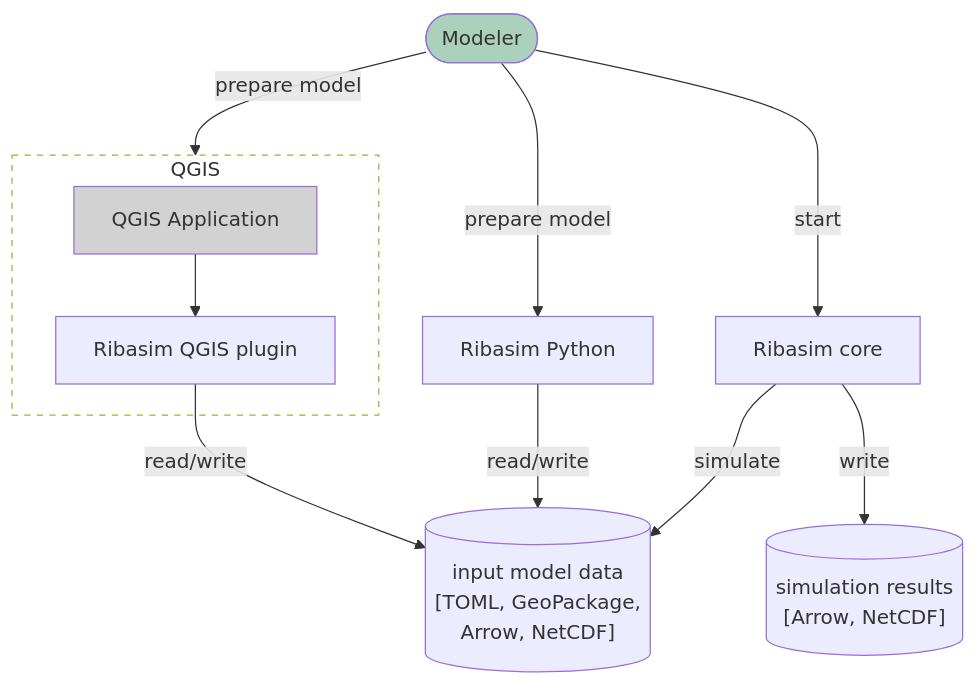
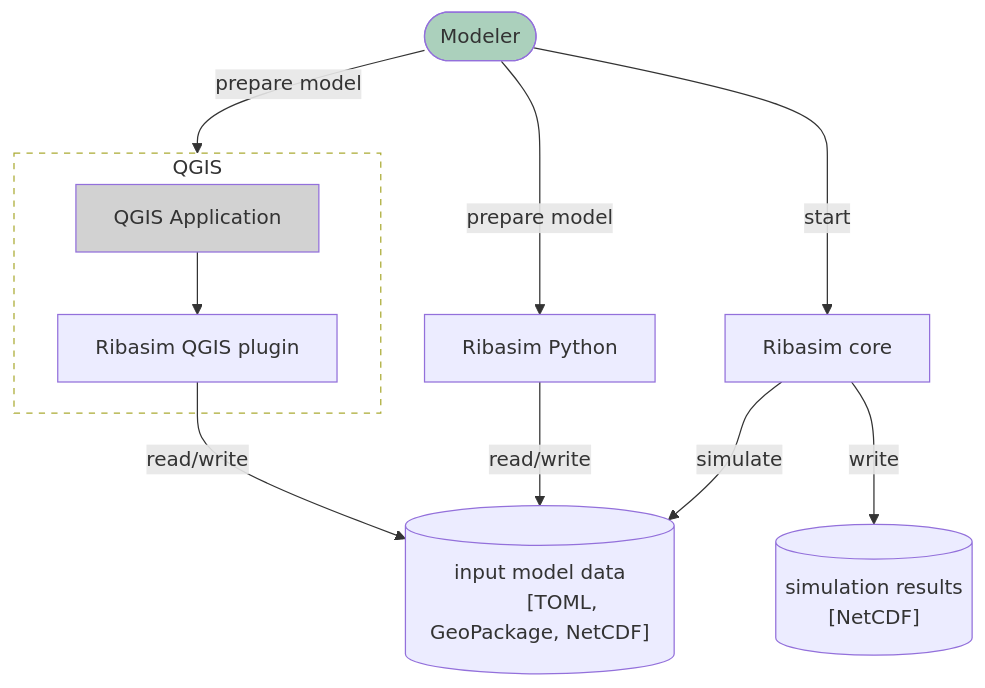
Before and after one commit to Deltares/Ribasim: the diagram in docs/getting-started/install.qmd, drawn with Mermaid. The commit also changed 28 other files, not shown here.

````diff
--- a/docs/getting-started/install.qmd
+++ b/docs/getting-started/install.qmd
@@ -12,35 +12,34 @@
 ```{mermaid}
 flowchart TB
 modeler([Modeler]):::user
 
 python["Ribasim Python"]
 modeler-->|prepare model|python
 
 core["Ribasim core"]
 modeler-->|start|core
 
 subgraph qgisBoundary[QGIS]
     QGIS[QGIS Application]:::system_ext
     qgisPlugin["Ribasim QGIS plugin"]
     QGIS-->qgisPlugin
 end
 modeler-->|prepare model|qgisBoundary
 
 model[("input model data
-        [TOML, GeoPackage,
-         Arrow, NetCDF]")]
+        [TOML, GeoPackage, NetCDF]")]
 qgisPlugin-->|read/write|model
 python-->|read/write|model
 core-->|simulate|model
 
 output[("simulation results
-         [Arrow, NetCDF]")]
+         [NetCDF]")]
 core-->|write|output
 
 class qgisBoundary boundary
 
 %% class definitions for C4 model
 classDef user fill:#ABD0BC
 classDef system_ext fill:#D2D2D2
 classDef boundary fill:transparent,stroke-dasharray:5 5
 ```
````
